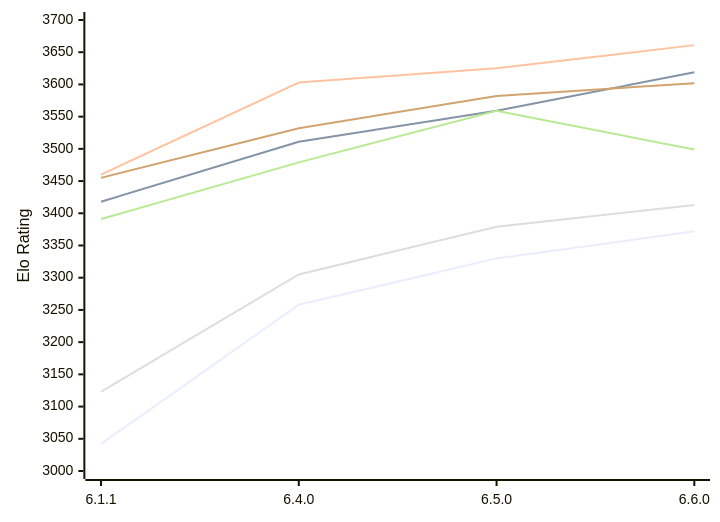
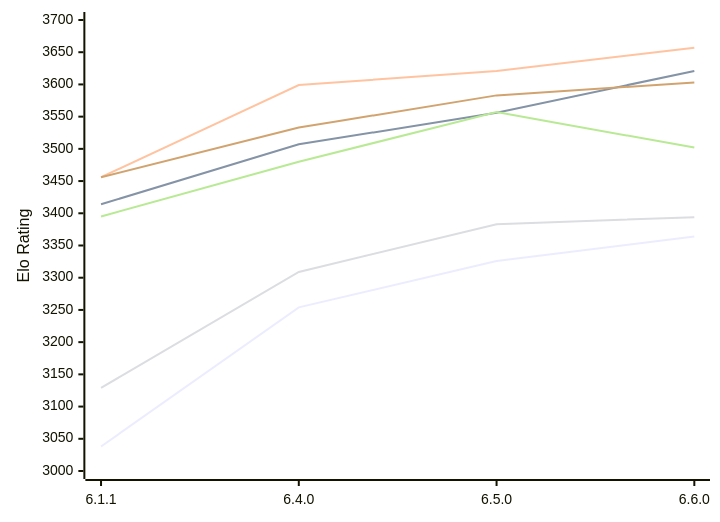
One commit to computer-chess-index/cci changed the first of 2 diagrams in engines/Zigqueen.md. Above: the diagram before and after it, drawn with Mermaid. The commit also changed other lines of this file, not shown here.

Commit message:
Update CCI Ratings (ELO VLTC) - 2026-11-21

````diff
--- a/engines/Zigqueen.md
+++ b/engines/Zigqueen.md
@@ -57,12 +57,12 @@
 ```mermaid
 %%{init: {"theme":"base","themeVariables":{"seriesColors:['#a3a3a3','#222221','#faa371']}}}%%
 xychart-beta
   x-axis ["6.1.1", "6.4.0", "6.5.0", "6.6.0"]
   y-axis "Elo Rating" 3000 --> 3700
-  line "E1: STC (8.0+0.08s)" [3042, 3258, 3330, 3372]
-  line "E1: LTC (60.0+0.60s)" [3418, 3511, 3559, 3619]
-  line "E1: VLTC (2m24s+1.12s)" [3460, 3603, 3625, 3661]
-  line "P1: STC (8.0+0.08s)" [3123, 3305, 3379, 3413]
-  line "P1: LTC (60.0+0.60s)" [3391, 3479, 3559, 3499]
-  line "P1: VLTC (2m24s+1.12s)" [3455, 3532, 3582, 3602]
+  line "E1: STC (8.0+0.08s)" [3038, 3254, 3326, 3364]
+  line "E1: LTC (60.0+0.60s)" [3414, 3507, 3556, 3621]
+  line "E1: VLTC (2m24s+1.12s)" [3456, 3599, 3621, 3657]
+  line "P1: STC (8.0+0.08s)" [3129, 3309, 3383, 3394]
+  line "P1: LTC (60.0+0.60s)" [3395, 3480, 3557, 3502]
+  line "P1: VLTC (2m24s+1.12s)" [3456, 3533, 3583, 3603]
 ```
````
